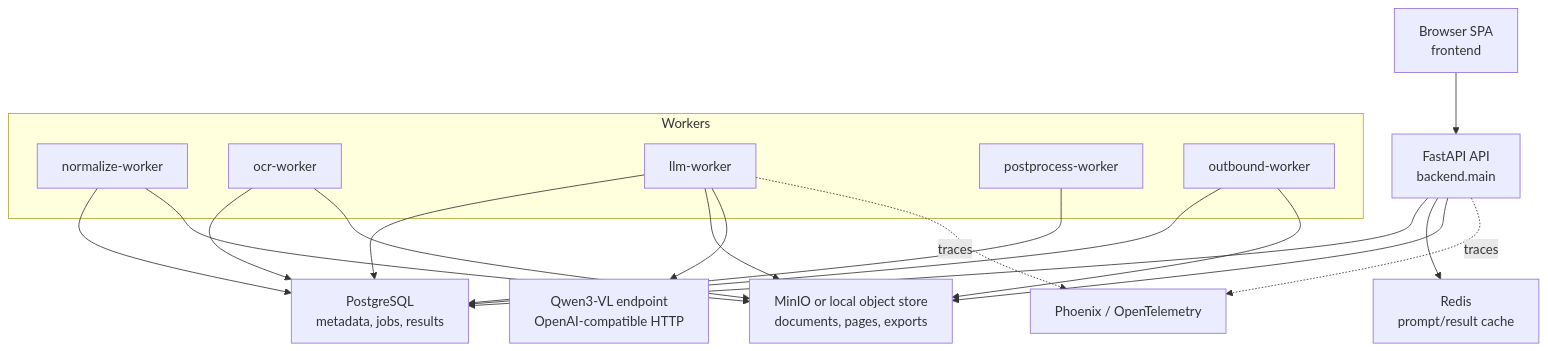
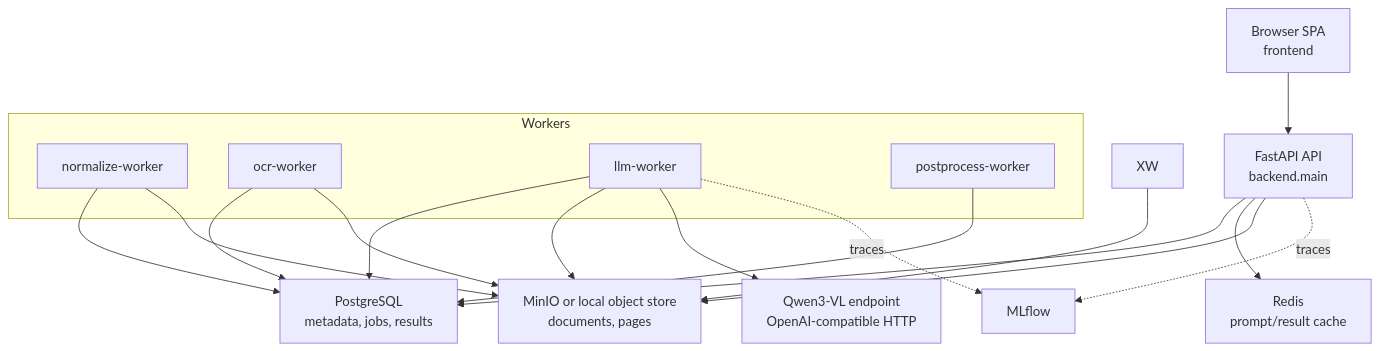
One commit to DeepakG-ai/Augemented_OCR_PaddleOCR_VL changed the first of 8 diagrams in spec.md. Above: the diagram before and after it, drawn with Mermaid. The commit also changed other lines of this file and 68 other files, not shown here.

````diff
--- a/spec.md
+++ b/spec.md
@@ -55,30 +55,28 @@
 ```mermaid
 graph TB
     UI["Browser SPA<br/>frontend"] --> API["FastAPI API<br/>backend.main"]
     API --> PG["PostgreSQL<br/>metadata, jobs, results"]
     API --> RD["Redis<br/>prompt/result cache"]
-    API --> MN["MinIO or local object store<br/>documents, pages, exports"]
+    API --> MN["MinIO or local object store<br/>documents, pages"]
 
     subgraph Workers
         NW["normalize-worker"]
         OW["ocr-worker"]
         LW["llm-worker"]
         PW["postprocess-worker"]
-        XW["outbound-worker"]
     end
 
     NW --> PG
     OW --> PG
     LW --> PG
     PW --> PG
-    XW --> PG
 
     NW --> MN
     OW --> MN
     LW --> MN
     XW --> MN
 
     LW --> QWEN["Qwen3-VL endpoint<br/>OpenAI-compatible HTTP"]
-    API -. traces .-> PHX["Phoenix / OpenTelemetry"]
-    LW -. traces .-> PHX
+    API -. traces .-> MLF["MLflow"]
+    LW -. traces .-> MLF
 ```
````
